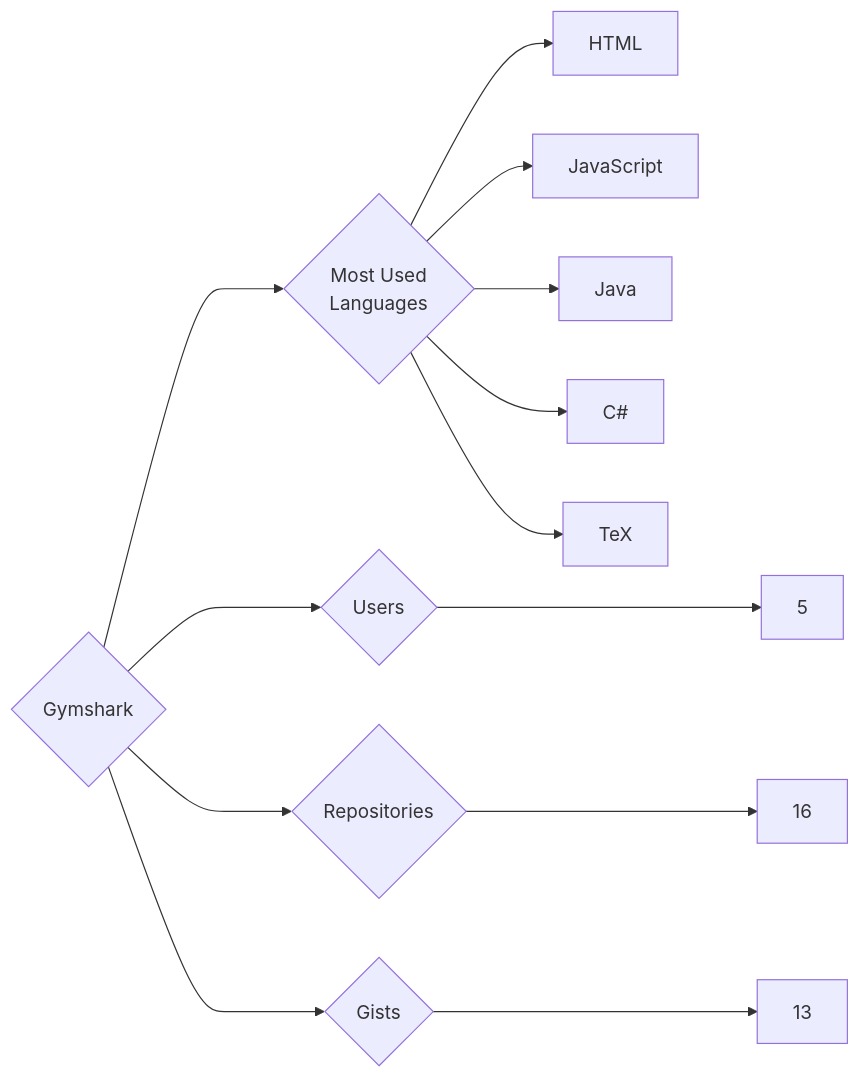
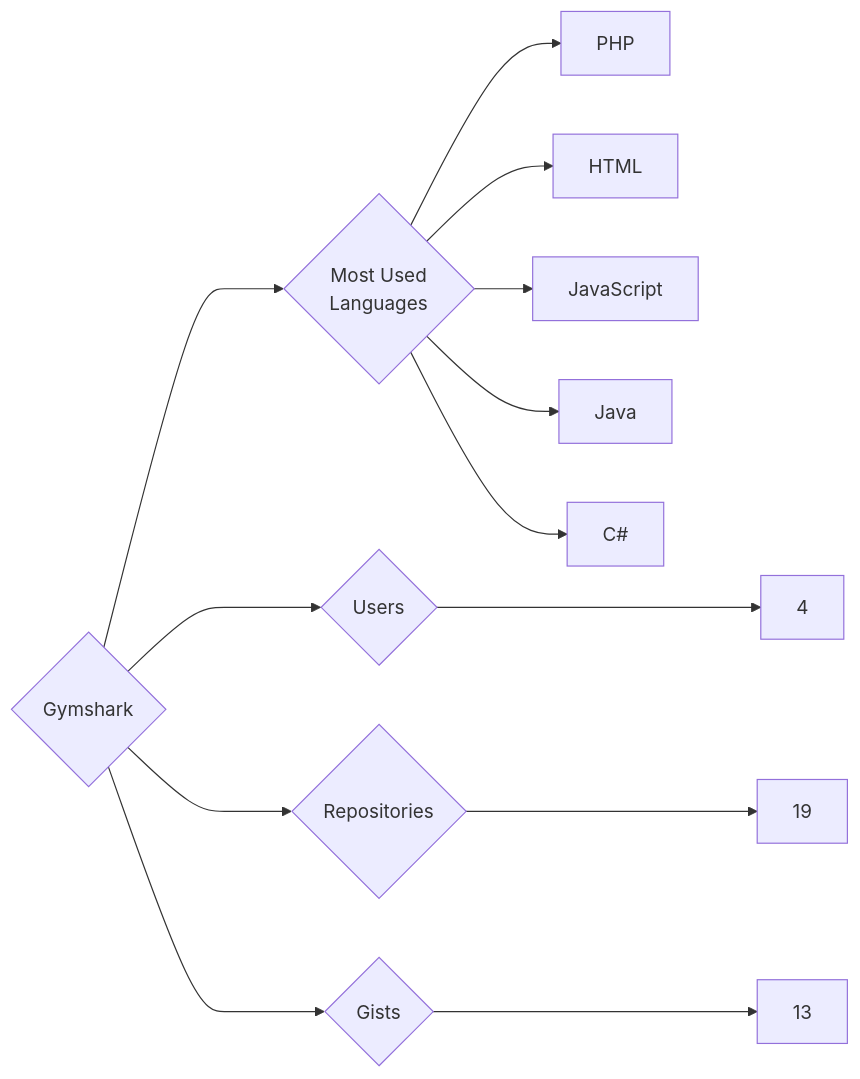
One commit to trickest/insiders changed the diagram in targets/Gymshark/README.md. Above: the diagram before and after it, drawn with Mermaid. The commit also changed 857 other files, not shown here.

````diff
--- a/targets/Gymshark/README.md
+++ b/targets/Gymshark/README.md
@@ -3,13 +3,13 @@
 ```mermaid
 graph LR
 COMPANY_NAME{Gymshark}
-COMPANY_NAME ---> U{Users} ---> UN[5]
-COMPANY_NAME ---> R{Repositories} ---> RN[16]
+COMPANY_NAME ---> U{Users} ---> UN[4]
+COMPANY_NAME ---> R{Repositories} ---> RN[19]
 COMPANY_NAME ---> G{Gists} ---> GN[13]
 COMPANY_NAME ---> ML{Most Used<br>Languages}
+ML --> PHP[PHP]
 ML --> HTML[HTML]
 ML --> JavaScript[JavaScript]
 ML --> Java[Java]
 ML --> C#[C#]
-ML --> TeX[TeX]
 ```
````
